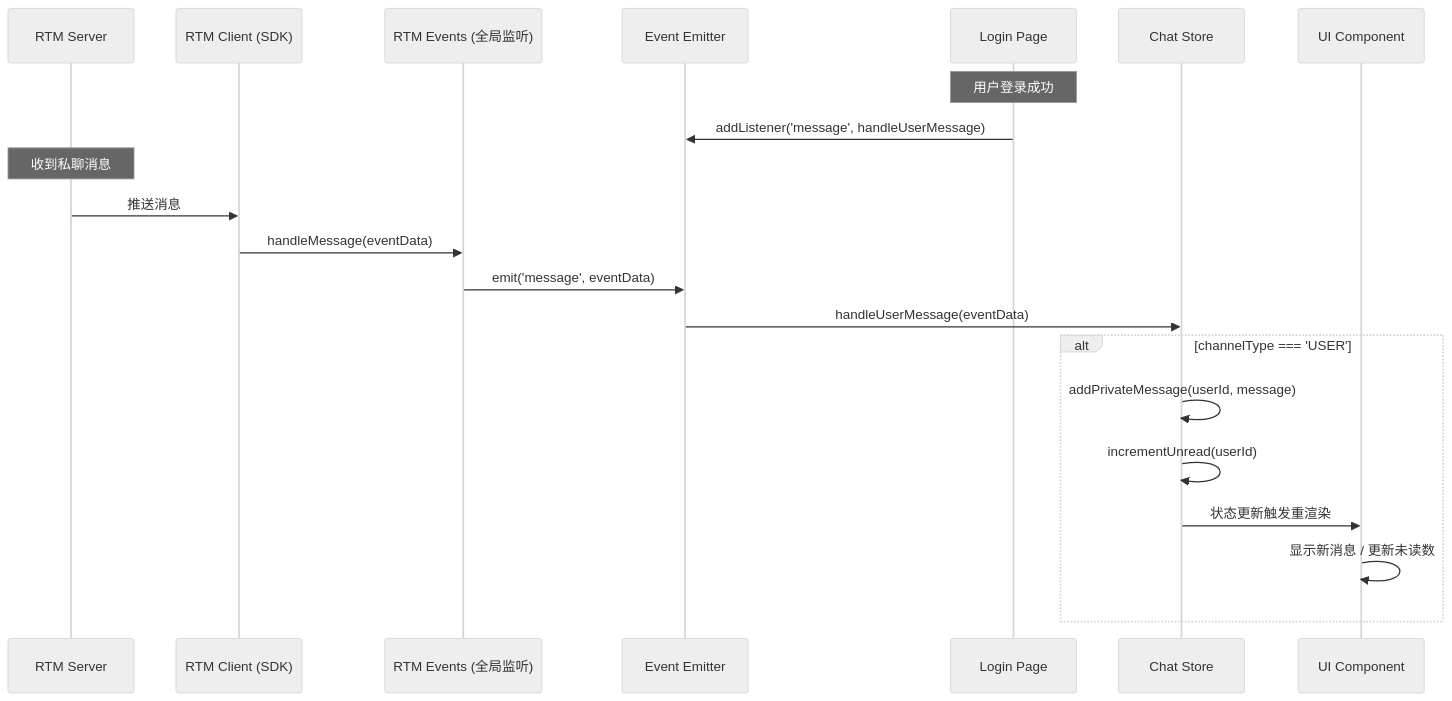
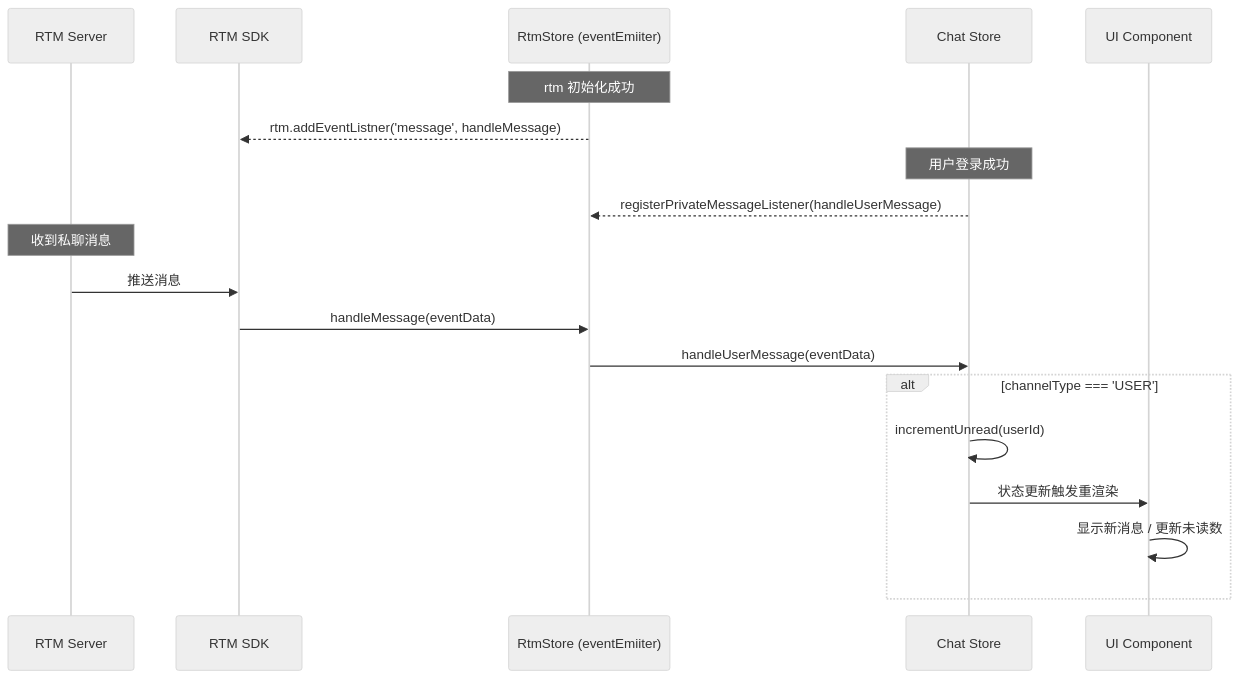
The second of 5 diagrams in docs/RTM_INTEGRATION.md (zhouxueqin0/WebRTM-Demos), drawn with Mermaid (neutral theme) before and after one commit. The commit also changed other lines of this file and 35 other files, not shown here.

````diff
--- a/docs/RTM_INTEGRATION.md
+++ b/docs/RTM_INTEGRATION.md
@@ -152,26 +193,26 @@
 ```mermaid
 sequenceDiagram
     participant RTMServer as RTM Server
-    participant RTMClient as RTM Client (SDK)
-    participant RTMEvents as RTM Events (全局监听)
-    participant EventEmitter as Event Emitter
-    participant LoginPage as Login Page
+    participant RTMClient as RTM SDK
+    participant RtmStore as RtmStore (eventEmiiter)
     participant ChatStore as Chat Store
     participant UI as UI Component
 
-    Note over LoginPage: 用户登录成功
-    LoginPage->>EventEmitter: addListener('message', handleUserMessage)
+    Note over RtmStore: rtm 初始化成功
+    RtmStore-->>RTMClient: rtm.addEventListner('message', handleMessage);
+
+    Note over ChatStore: 用户登录成功
+    ChatStore-->>RtmStore: registerPrivateMessageListener(handleUserMessage)
+
 
     Note over RTMServer: 收到私聊消息
     RTMServer->>RTMClient: 推送消息
-    RTMClient->>RTMEvents: handleMessage(eventData)
-    RTMEvents->>EventEmitter: emit('message', eventData)
-    EventEmitter->>ChatStore: handleUserMessage(eventData)
+    RTMClient->>RtmStore: handleMessage(eventData)
+    RtmStore->>ChatStore: handleUserMessage(eventData)
 
     alt channelType === 'USER'
-        ChatStore->>ChatStore: addPrivateMessage(userId, message)
         ChatStore->>ChatStore: incrementUnread(userId)
         ChatStore->>UI: 状态更新触发重渲染
         UI->>UI: 显示新消息 / 更新未读数
     end
 ```
````
